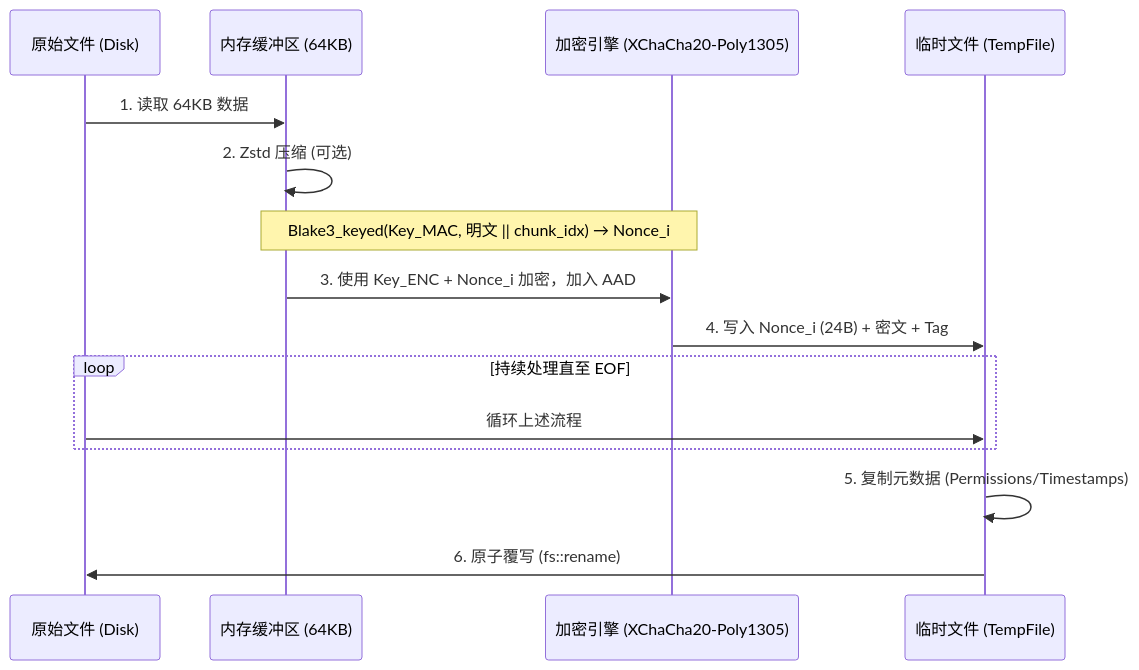
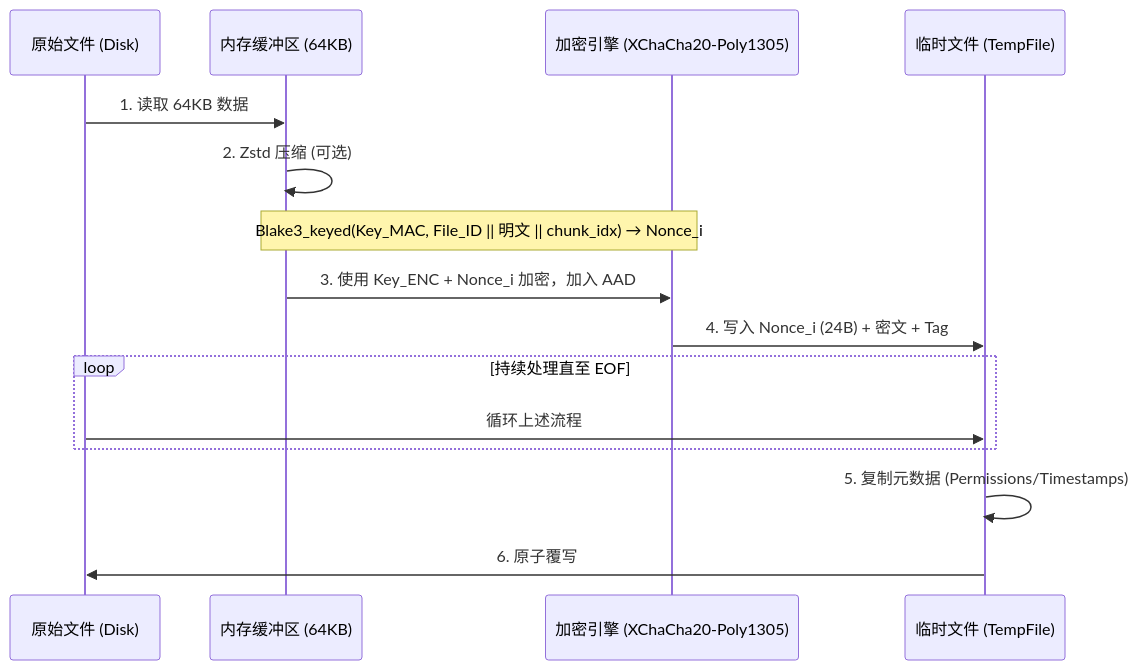
The diagram in docs/README_zh-CN.md (lxl66566/git-simple-encrypt), drawn with Mermaid before and after one commit. The commit also changed other lines of this file and 2 other files, not shown here.

````diff
--- a/docs/README_zh-CN.md
+++ b/docs/README_zh-CN.md
@@ -92,18 +94,18 @@
 ```mermaid
 sequenceDiagram
     participant F as 原始文件 (Disk)
     participant M as 内存缓冲区 (64KB)
     participant E as 加密引擎 (XChaCha20-Poly1305)
     participant T as 临时文件 (TempFile)
 
     F->>M: 1. 读取 64KB 数据
     M->>M: 2. Zstd 压缩 (可选)
-    Note over M,E: Blake3_keyed(Key_MAC, 明文 || chunk_idx) → Nonce_i
+    Note over M,E: Blake3_keyed(Key_MAC, File_ID || 明文 || chunk_idx) → Nonce_i
     M->>E: 3. 使用 Key_ENC + Nonce_i 加密，加入 AAD
     E->>T: 4. 写入 Nonce_i (24B) + 密文 + Tag
     loop 持续处理直至 EOF
         F->>T: 循环上述流程
     end
     T->>T: 5. 复制元数据 (Permissions/Timestamps)
-    T->>F: 6. 原子覆写 (fs::rename)
+    T->>F: 6. 原子覆写
 ```
````
